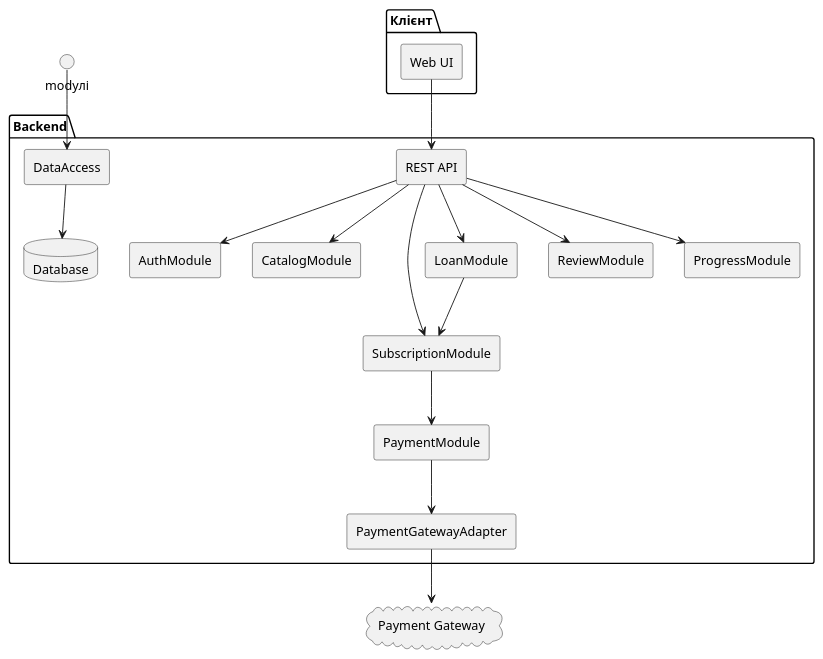
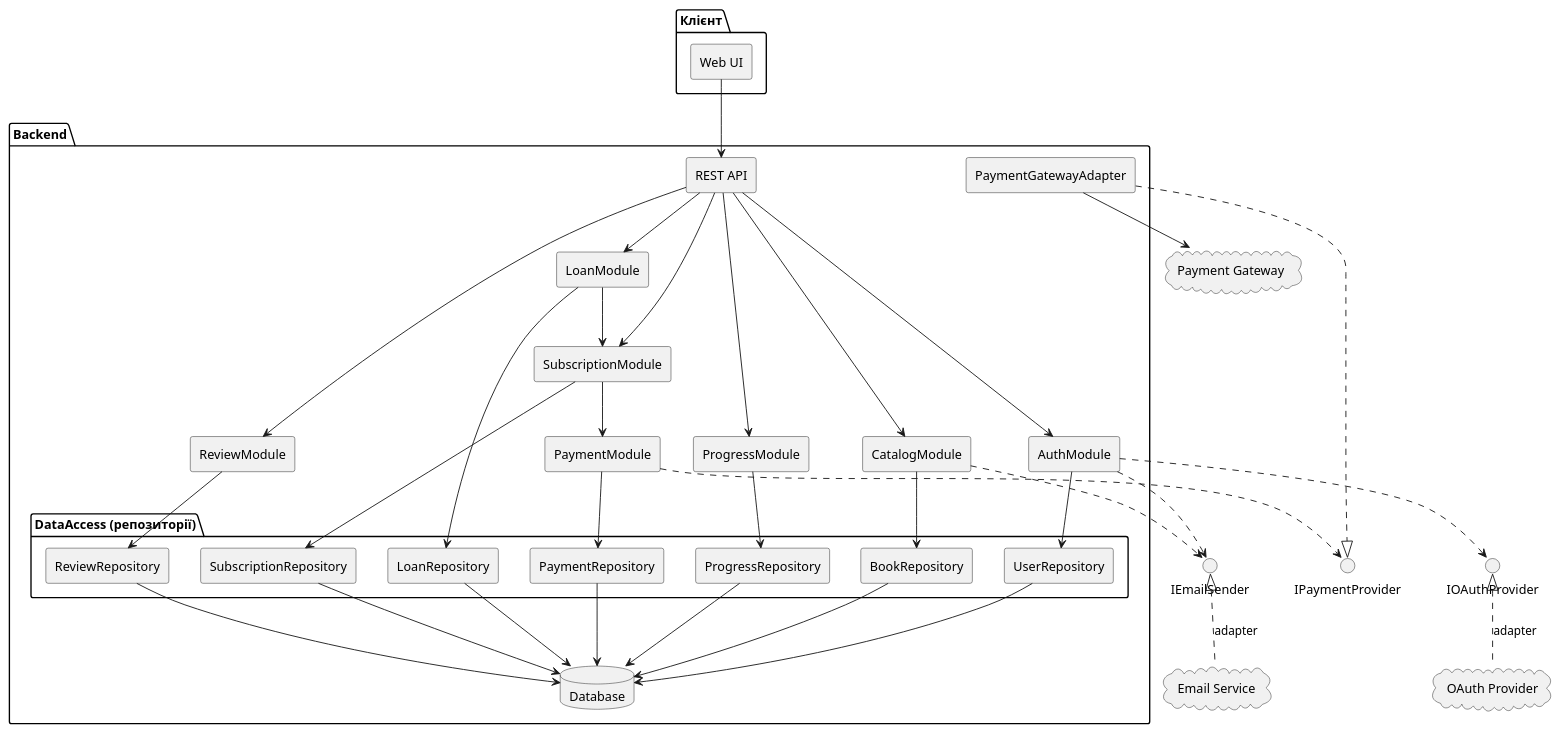
One commit to sanyalovemoney/KPI_labs changed the diagram in Labs/lab5-architecture/model/components.puml. Above: the diagram before and after it, drawn with PlantUML.

Commit message:
lab5: fix - wire DataAccess via repositories, add interfaces

```diff
--- a/Labs/lab5-architecture/model/components.puml
+++ b/Labs/lab5-architecture/model/components.puml
@@ -1,39 +1,76 @@
 @startuml components
 skinparam componentStyle rectangle
 
 package "Клієнт" {
   [Web UI]
 }
 
 package "Backend" {
   [REST API]
   [AuthModule]
   [CatalogModule]
   [SubscriptionModule]
   [PaymentModule]
   [LoanModule]
   [ReviewModule]
   [ProgressModule]
   [PaymentGatewayAdapter]
-  [DataAccess]
+  package "DataAccess (репозиторії)" {
+    [UserRepository]
+    [BookRepository]
+    [SubscriptionRepository]
+    [PaymentRepository]
+    [LoanRepository]
+    [ReviewRepository]
+    [ProgressRepository]
+  }
   database "Database" as DB
 }
 
 ' зовнішні системи — актори Lab2 / swimlane Lab4, поза межею
 cloud "Payment Gateway" as PG
+cloud "Email Service" as MAIL
+cloud "OAuth Provider" as OAUTH
+
+interface "IPaymentProvider" as IPP
+interface "IEmailSender" as IES
+interface "IOAuthProvider" as IOA
 
 [Web UI] --> [REST API]
 [REST API] --> [AuthModule]
 [REST API] --> [CatalogModule]
 [REST API] --> [SubscriptionModule]
 [REST API] --> [LoanModule]
 [REST API] --> [ReviewModule]
 [REST API] --> [ProgressModule]
+
 [SubscriptionModule] --> [PaymentModule]
-[PaymentModule] --> [PaymentGatewayAdapter]
+[PaymentModule] ..> IPP
+[PaymentGatewayAdapter] ..|> IPP
 [PaymentGatewayAdapter] --> PG
-' один напрямок, як у Lab3: LoanService питає SubscriptionService
+
+[AuthModule] ..> IOA
+[AuthModule] ..> IES
+[CatalogModule] ..> IES
+IOA <|.. OAUTH : adapter
+IES <|.. MAIL : adapter
+
+' один напрямок, як у Lab3: LoanModule питає SubscriptionService
 [LoanModule] --> [SubscriptionModule]
-modулі --> [DataAccess]
-[DataAccess] --> DB
+
+[AuthModule] --> [UserRepository]
+[CatalogModule] --> [BookRepository]
+[SubscriptionModule] --> [SubscriptionRepository]
+[PaymentModule] --> [PaymentRepository]
+[LoanModule] --> [LoanRepository]
+[ReviewModule] --> [ReviewRepository]
+[ProgressModule] --> [ProgressRepository]
+
+[UserRepository] --> DB
+[BookRepository] --> DB
+[SubscriptionRepository] --> DB
+[PaymentRepository] --> DB
+[LoanRepository] --> DB
+[ReviewRepository] --> DB
+[ProgressRepository] --> DB
 @enduml
```
